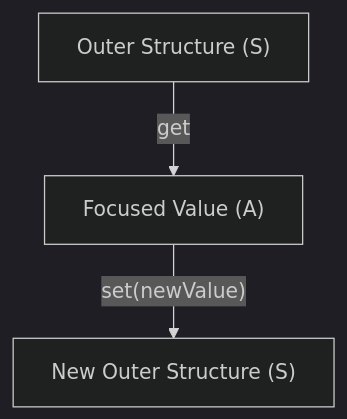
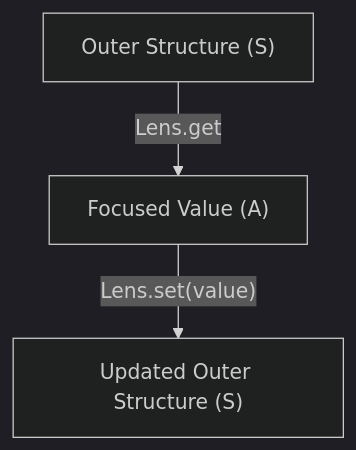
The diagram in docs/src/content/docs/guides/lens.md (nlozgachev/pipelined), drawn with Mermaid (dark theme) before and after one commit. The commit also changed other lines of this file and 3 other files, not shown here.

````diff
--- a/docs/src/content/docs/guides/lens.md
+++ b/docs/src/content/docs/guides/lens.md
@@ -87,5 +105,5 @@
 ```mermaid
 flowchart TD
-    S["Outer Structure (S)"] -- "get" --> A["Focused Value (A)"]
-    A -- "set(newValue)" --> S2["New Outer Structure (S)"]
+    S["Outer Structure (S)"] -- "Lens.get" --> A["Focused Value (A)"]
+    A -- "Lens.set(value)" --> S2["Updated Outer Structure (S)"]
 ```
````
